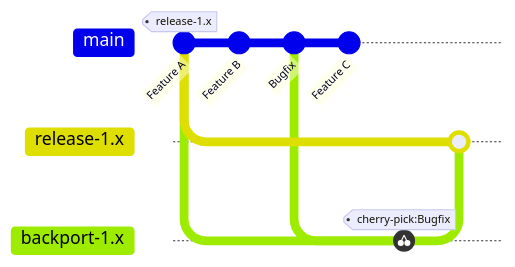
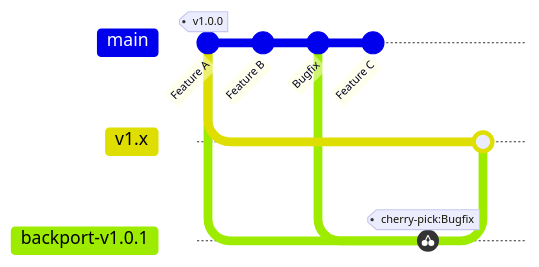
The diagram in CONTRIBUTING.md (eddie-energy/eddie), drawn with Mermaid before and after one commit. The commit also changed other lines of this file and 1 other file, not shown here.

````diff
--- a/CONTRIBUTING.md
+++ b/CONTRIBUTING.md
@@ -242,14 +250,14 @@
 ```mermaid
 gitGraph
-   commit id: "Feature A" tag: "release-1.x"
-   branch release-1.x
+    commit id: "Feature A" tag: "v1.0.0"
+    branch v1.x
    checkout main
    commit id: "Feature B"
    commit id: "Bugfix"
    commit id: "Feature C"
-   checkout release-1.x
-   branch backport-1.x
+    checkout v1.x
+    branch backport-v1.0.1
    cherry-pick id: "Bugfix"
-   checkout release-1.x
-   merge backport-1.x
+    checkout v1.x
+    merge backport-v1.0.1
 ```
````
